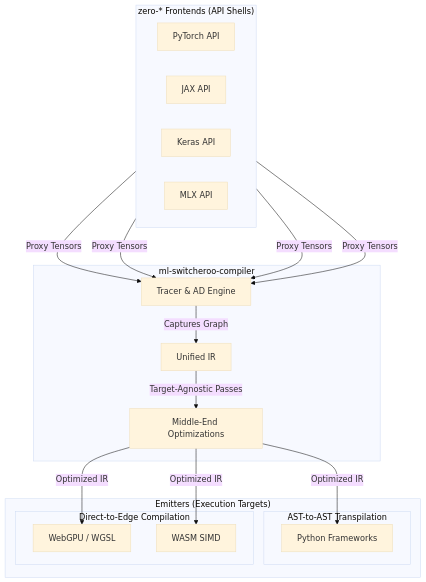
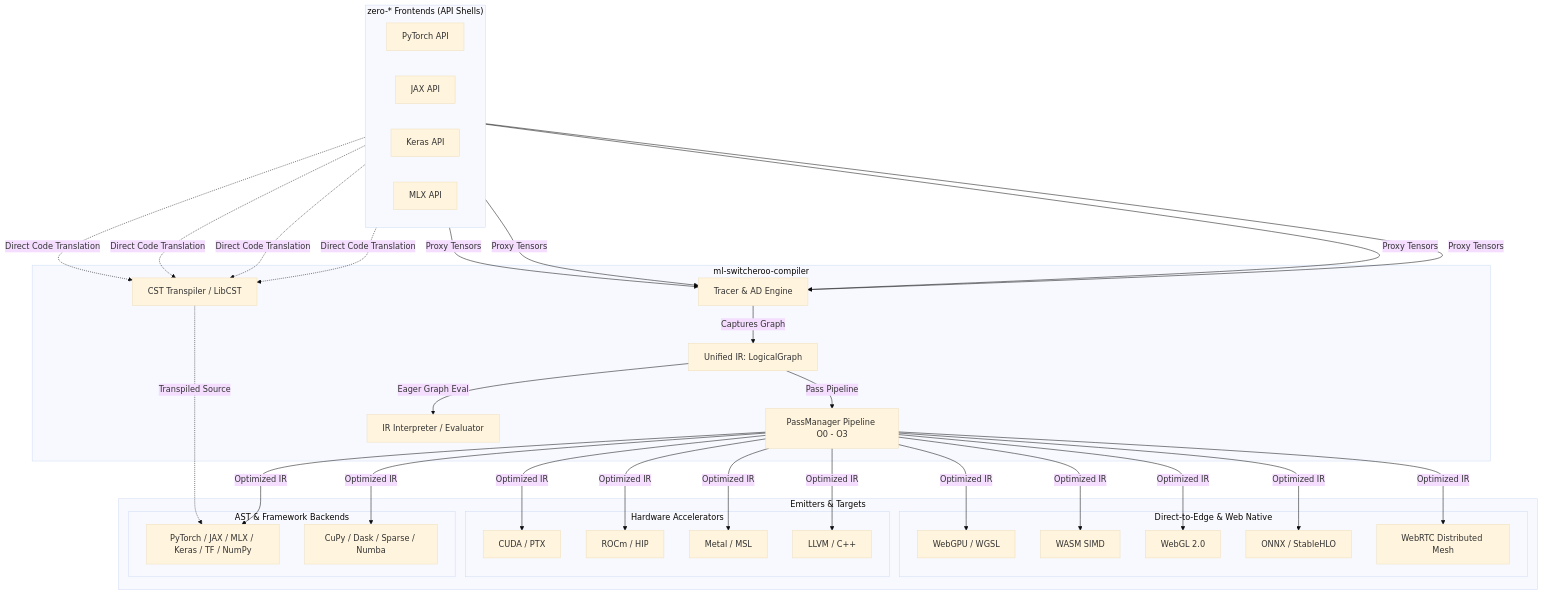
One commit to SamuelMarks/ml-switcheroo-compiler changed the first of 2 diagrams in README.md. Above: the diagram before and after it, drawn with Mermaid (base theme). The commit also changed other lines of this file and 6 other files, not shown here.

First line of the commit message:
Synchronize architecture and tensor specifications, adopt field factories, and update dev snapshot source

````diff
--- a/README.md
+++ b/README.md
@@ -32,34 +45,57 @@
 ```mermaid
 flowchart TD
     subgraph Frontends ["zero-* Frontends (API Shells)"]
         direction LR
         PT[PyTorch API]
         JX[JAX API]
         KR[Keras API]
         MLX_F[MLX API]
     end
 
     subgraph Compiler ["ml-switcheroo-compiler"]
+        CST[CST Transpiler / LibCST]
         TR[Tracer & AD Engine]
-        IR[Unified IR]
-        PM[Middle-End Optimizations]
+        IR[Unified IR: LogicalGraph]
+        EVAL[IR Interpreter / Evaluator]
+        PM[PassManager Pipeline O0 - O3]
 
         TR -->|Captures Graph| IR
-        IR -->|Target-Agnostic Passes| PM
+        IR -->|Eager Graph Eval| EVAL
+        IR -->|Pass Pipeline| PM
     end
 
-    subgraph Backends ["Emitters (Execution Targets)"]
-        subgraph S2S ["AST-to-AST Transpilation"]
-            PY[Python Frameworks]
+    subgraph Backends ["Emitters & Targets"]
+        subgraph S2S ["AST & Framework Backends"]
+            PY[PyTorch / JAX / MLX / Keras / TF / NumPy]
+            CUPY_B[CuPy / Dask / Sparse / Numba]
         end
-        subgraph Edge ["Direct-to-Edge Compilation"]
+        subgraph Hardware ["Hardware Accelerators"]
+            CUDA_B[CUDA / PTX]
+            ROCM_B[ROCm / HIP]
+            METAL_B[Metal / MSL]
+            LLVM_B[LLVM / C++]
+        end
+        subgraph Edge ["Direct-to-Edge & Web Native"]
             WG[WebGPU / WGSL]
             WA[WASM SIMD]
+            WEBGL_B[WebGL 2.0]
+            EXPORTS[ONNX / StableHLO]
+            WEBRTC_B[WebRTC Distributed Mesh]
         end
     end
 
+    PT & JX & KR & MLX_F -.->|Direct Code Translation| CST
+    CST -.->|Transpiled Source| PY
     PT & JX & KR & MLX_F -->|Proxy Tensors| TR
     PM -->|Optimized IR| PY
+    PM -->|Optimized IR| CUPY_B
+    PM -->|Optimized IR| CUDA_B
+    PM -->|Optimized IR| ROCM_B
+    PM -->|Optimized IR| METAL_B
+    PM -->|Optimized IR| LLVM_B
     PM -->|Optimized IR| WG
     PM -->|Optimized IR| WA
+    PM -->|Optimized IR| WEBGL_B
+    PM -->|Optimized IR| EXPORTS
+    PM -->|Optimized IR| WEBRTC_B
 ```
````
